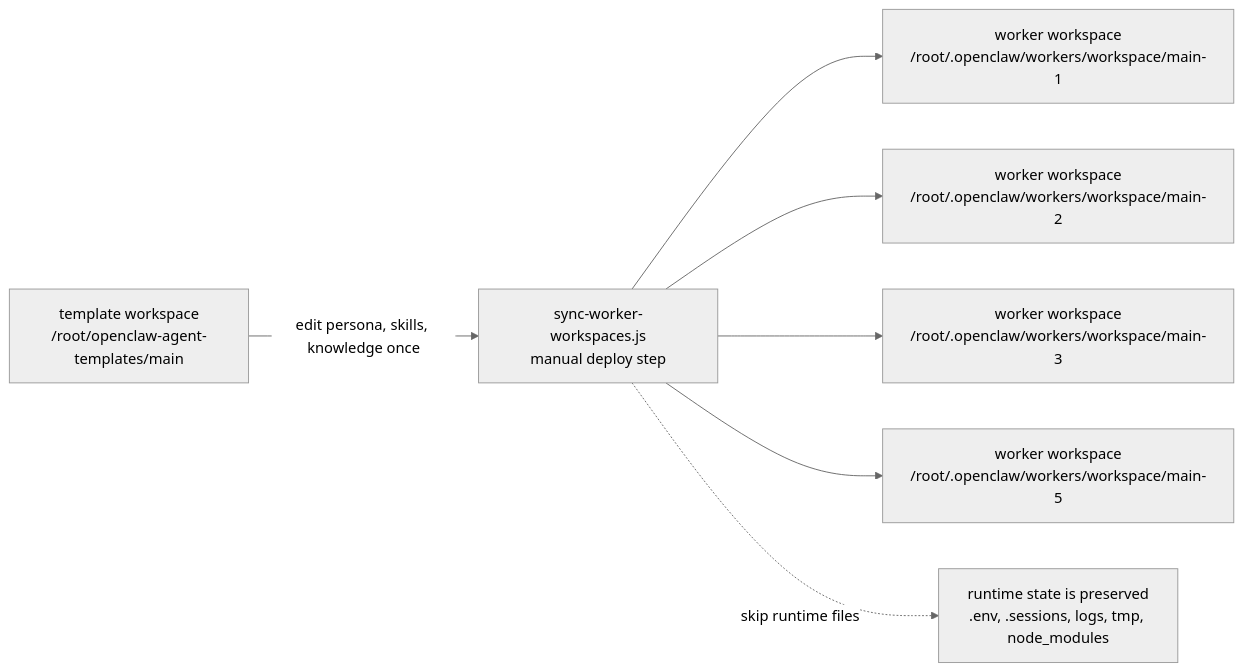
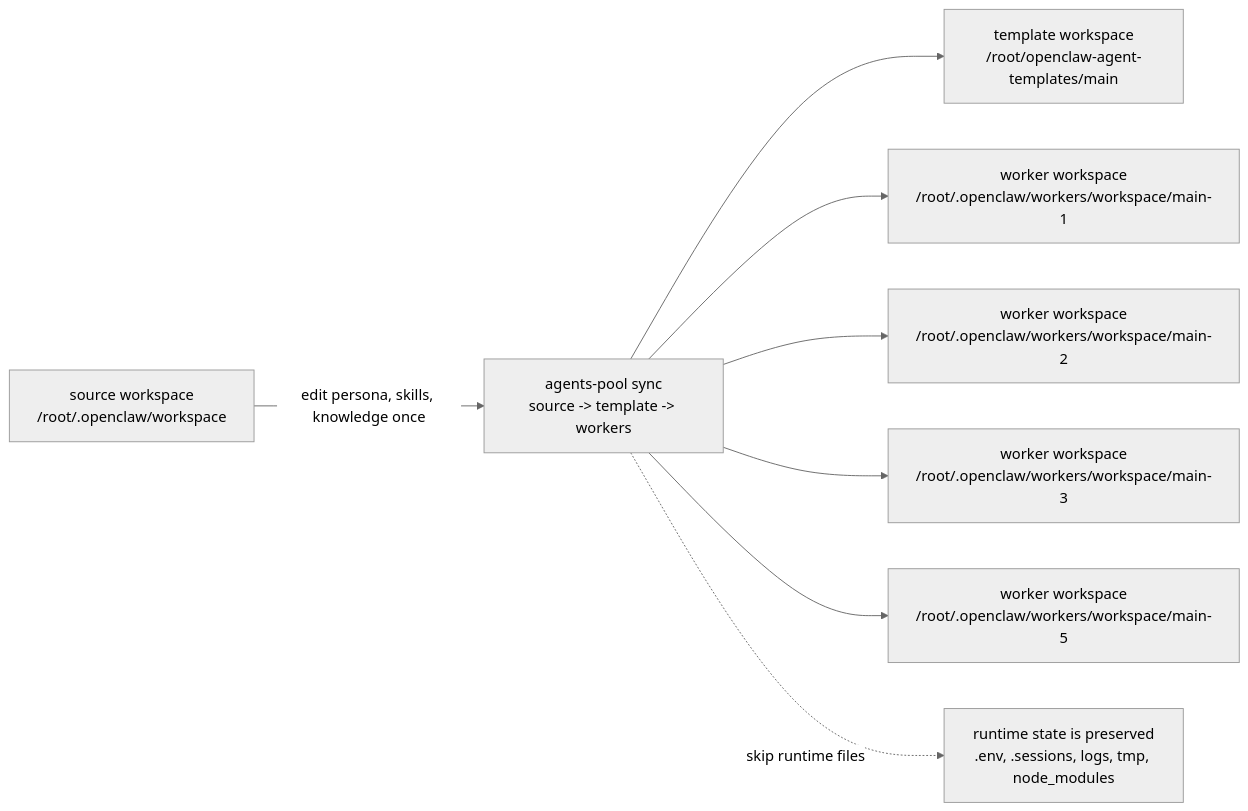
Before and after one commit to Tisu769871669/openclaw-agent-pool-bridge: the third of 3 diagrams in docs/architecture.md, drawn with Mermaid (neutral theme). The commit also changed other lines of this file and 53 other files, not shown here.

````diff
--- a/docs/architecture.md
+++ b/docs/architecture.md
@@ -110,17 +111,19 @@
 ```mermaid
 flowchart LR
+  Source["source workspace<br/>/root/.openclaw/workspace"]
   Template["template workspace<br/>/root/openclaw-agent-templates/main"]
-  Sync["sync-worker-workspaces.js<br/>manual deploy step"]
+  Sync["agents-pool sync<br/>source -> template -> workers"]
   W1["worker workspace<br/>/root/.openclaw/workers/workspace/main-1"]
   W2["worker workspace<br/>/root/.openclaw/workers/workspace/main-2"]
   W3["worker workspace<br/>/root/.openclaw/workers/workspace/main-3"]
   W5["worker workspace<br/>/root/.openclaw/workers/workspace/main-5"]
   State["runtime state is preserved<br/>.env, .sessions, logs, tmp, node_modules"]
 
-  Template -->|"edit persona, skills, knowledge once"| Sync
+  Source -->|"edit persona, skills, knowledge once"| Sync
+  Sync --> Template
   Sync --> W1
   Sync --> W2
   Sync --> W3
   Sync --> W5
   Sync -. "skip runtime files" .-> State
 ```
````
